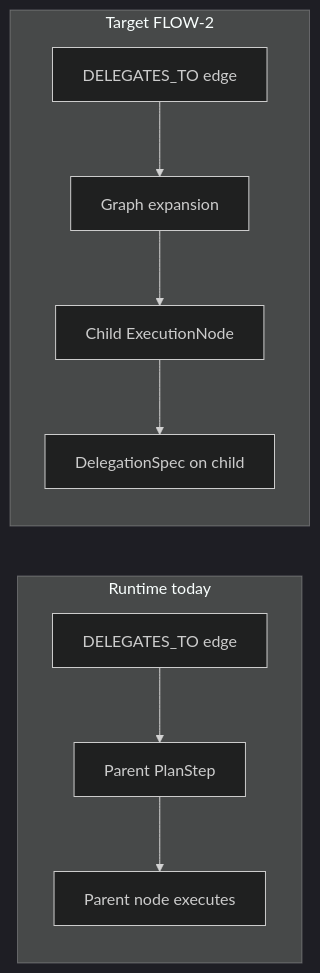
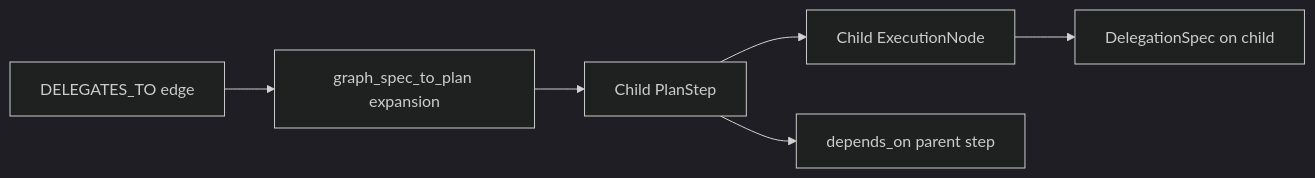
The eighth of 13 diagrams in docs/NEXUS_EXECUTION_FLOW_REFERENCE.md (jakbuczarnecki/intergrax), drawn with Mermaid (dark theme) before and after one commit. The commit also changed other lines of this file and 4 other files, not shown here.

Commit message:
Sync Phase FLOW documentation: canon §42.14.3, Appendix I planner/delegation, and flow reference paydown

````diff
--- a/docs/NEXUS_EXECUTION_FLOW_REFERENCE.md
+++ b/docs/NEXUS_EXECUTION_FLOW_REFERENCE.md
@@ -704,12 +695,8 @@
 ```mermaid
 flowchart LR
-    subgraph Today["Runtime today"]
-        DT1[DELEGATES_TO edge] --> PS[Parent PlanStep]
-        PS --> PN[Parent node executes]
-    end
-    subgraph Target["Target FLOW-2"]
-        DT2[DELEGATES_TO edge] --> EXP[Graph expansion]
-        EXP --> CN[Child ExecutionNode]
-        CN --> DS[DelegationSpec on child]
-    end
+    DT[DELEGATES_TO edge] --> EXP[graph_spec_to_plan expansion]
+    EXP --> CS[Child PlanStep]
+    CS --> CN[Child ExecutionNode]
+    CN --> DS[DelegationSpec on child]
+    CS --> DEP[depends_on parent step]
 ```
````
